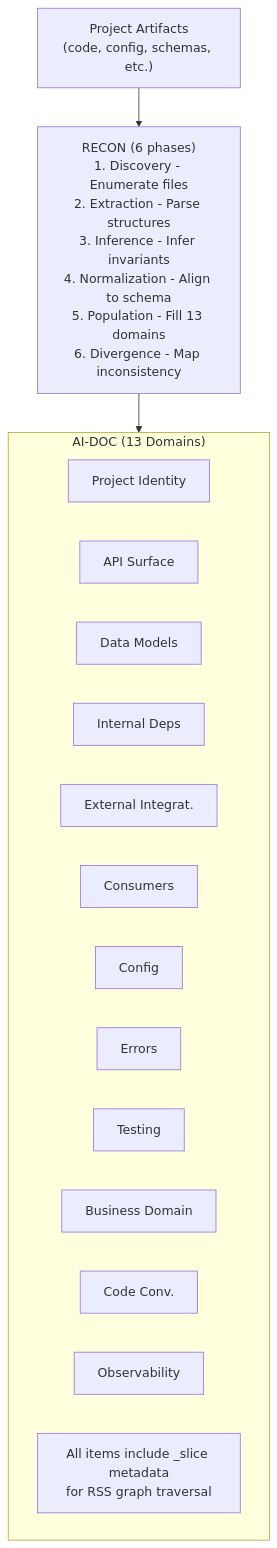
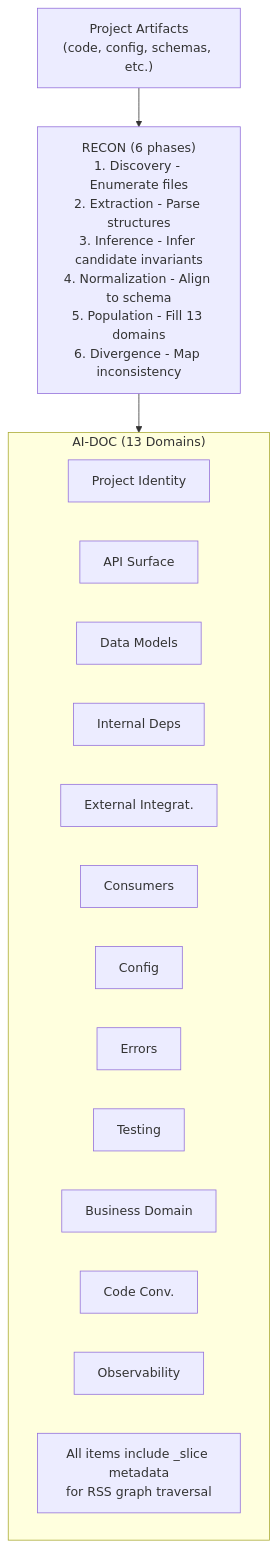
The seventh of 14 diagrams in architecture/STE-Architecture.md (egallmann/ste-spec), drawn with Mermaid before and after one commit. The commit also changed 1 other file, not shown here.

Commit message:
docs(architecture): reconcile Foundations and RECON wording with ADR-L-0044/0006/0031
Documentation-only T4B reconciliation. Scopes documentation-state to governed declarations, replaces the undocumented-equals-nonexistent claim with explicit-unknown wording, and labels RECON phase 3 output as candidate invariants. No ADR, contract, invariant, Architecture IR, or Runtime change.

````diff
--- a/architecture/STE-Architecture.md
+++ b/architecture/STE-Architecture.md
@@ -800,21 +800,21 @@
 ```mermaid
 flowchart TD
   Artifacts["Project Artifacts<br/>(code, config, schemas, etc.)"]
-  Recon["RECON (6 phases)<br/>1. Discovery - Enumerate files<br/>2. Extraction - Parse structures<br/>3. Inference - Infer invariants<br/>4. Normalization - Align to schema<br/>5. Population - Fill 13 domains<br/>6. Divergence - Map inconsistency"]
+  Recon["RECON (6 phases)<br/>1. Discovery - Enumerate files<br/>2. Extraction - Parse structures<br/>3. Inference - Infer candidate invariants<br/>4. Normalization - Align to schema<br/>5. Population - Fill 13 domains<br/>6. Divergence - Map inconsistency"]
   subgraph AIDoc["AI-DOC (13 Domains)"]
     ProjectIdentity["Project Identity"]
     ApiSurface["API Surface"]
     DataModels["Data Models"]
     InternalDeps["Internal Deps"]
     ExternalIntegrations["External Integrat."]
     Consumers["Consumers"]
     Config["Config"]
     Errors["Errors"]
     Testing["Testing"]
     BusinessDomain["Business Domain"]
     CodeConventions["Code Conv."]
     Observability["Observability"]
     SliceMetadata["All items include _slice metadata<br/>for RSS graph traversal"]
   end
   Artifacts --> Recon --> AIDoc
 ```
````
